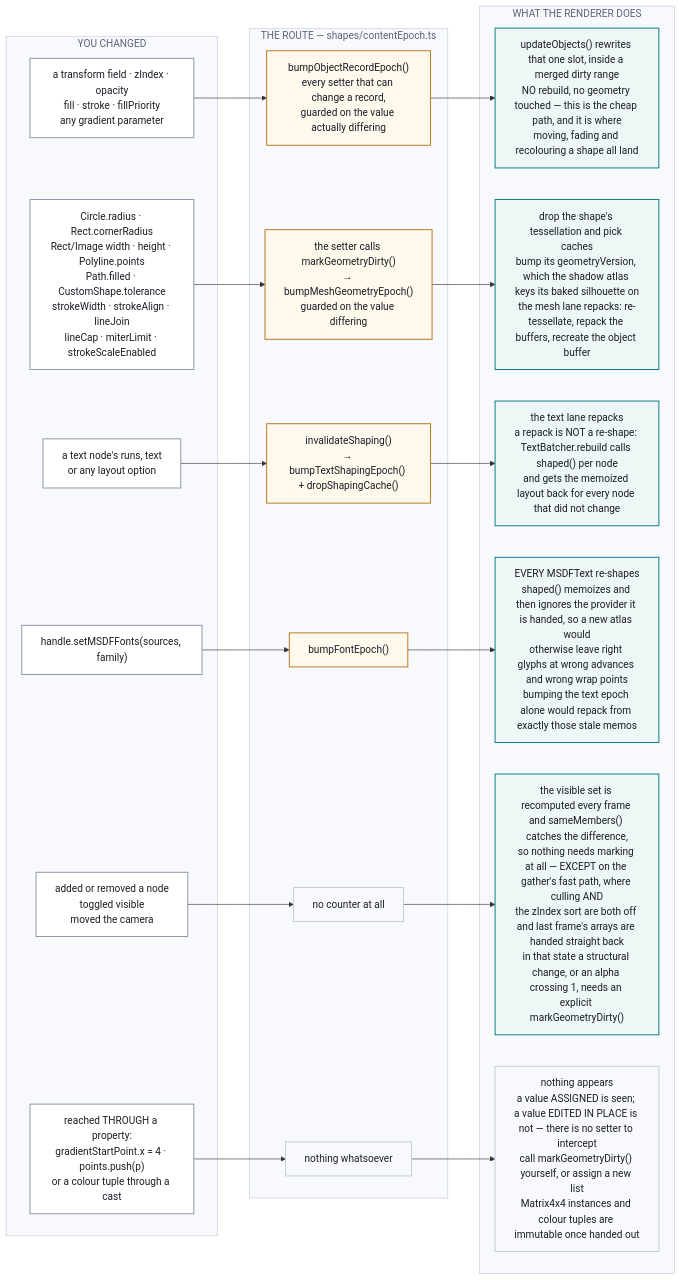
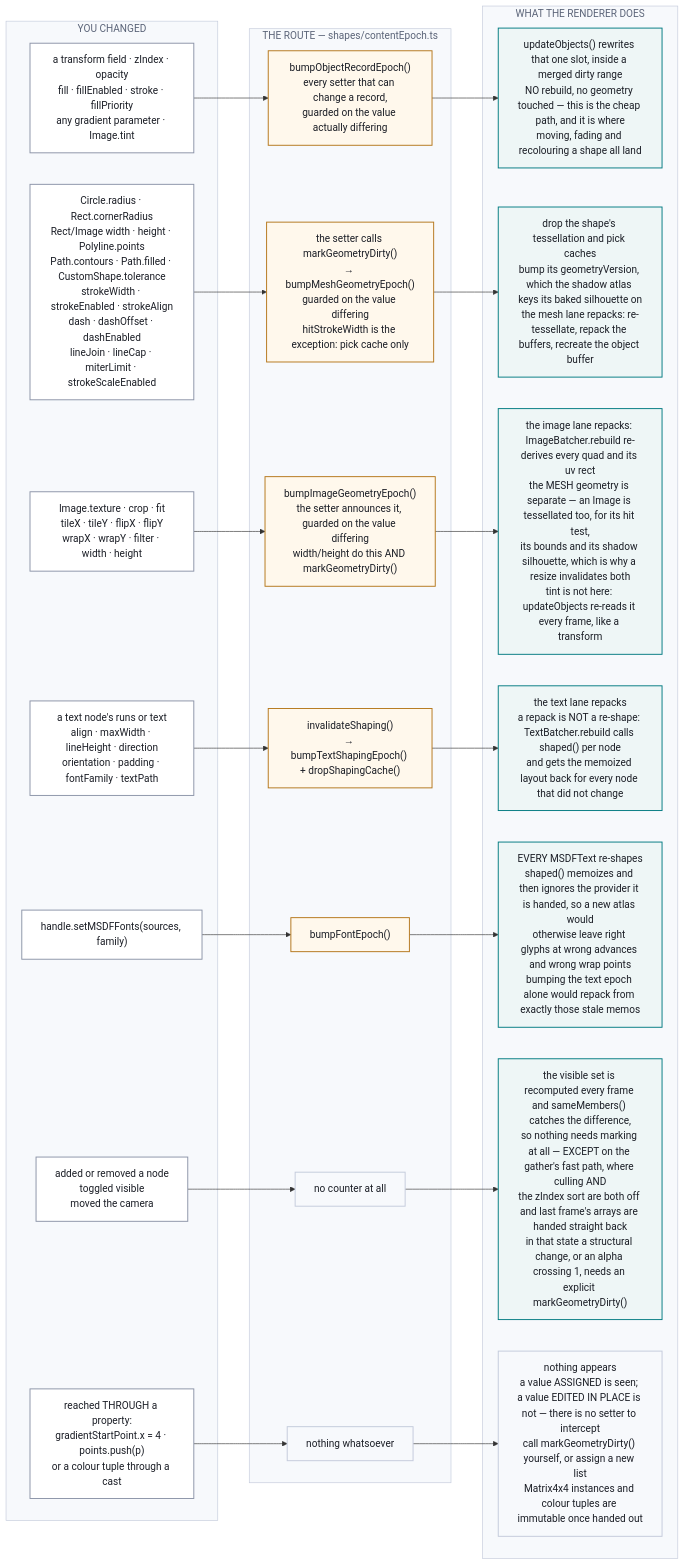
The diagram in docs/mermaid/invalidation.mmd (KristoferBorgware/mvPaint), drawn with Mermaid before and after one commit. The commit also changed 61 other files, not shown here.

```diff
--- a/docs/mermaid/invalidation.mmd
+++ b/docs/mermaid/invalidation.mmd
@@ -1,57 +1,62 @@
 %% Rendered to ../invalidation.svg. See docs/README.md for the command.
 flowchart LR
 
   subgraph CHANGED["YOU CHANGED"]
-    C1["a transform field · zIndex · opacity<br/>fill · stroke · fillPriority<br/>any gradient parameter"]
-    C2["Circle.radius · Rect.cornerRadius<br/>Rect/Image width · height · Polyline.points<br/>Path.filled · CustomShape.tolerance<br/>strokeWidth · strokeAlign · lineJoin<br/>lineCap · miterLimit · strokeScaleEnabled"]
-    C3["a text node's runs, text<br/>or any layout option"]
+    C1["a transform field · zIndex · opacity<br/>fill · fillEnabled · stroke · fillPriority<br/>any gradient parameter · Image.tint"]
+    C2["Circle.radius · Rect.cornerRadius<br/>Rect/Image width · height · Polyline.points<br/>Path.contours · Path.filled · CustomShape.tolerance<br/>strokeWidth · strokeEnabled · strokeAlign<br/>dash · dashOffset · dashEnabled<br/>lineJoin · lineCap · miterLimit · strokeScaleEnabled"]
+    CI["Image.texture · crop · fit<br/>tileX · tileY · flipX · flipY<br/>wrapX · wrapY · filter · width · height"]
+    C3["a text node's runs or text<br/>align · maxWidth · lineHeight · direction<br/>orientation · padding · fontFamily · textPath"]
     C4["handle.setMSDFFonts(sources, family)"]
     C5["added or removed a node<br/>toggled visible<br/>moved the camera"]
     C6["reached THROUGH a property:<br/>gradientStartPoint.x = 4 · points.push(p)<br/>or a colour tuple through a cast"]
   end
 
   subgraph ROUTE["THE ROUTE — shapes/contentEpoch.ts"]
     R1["bumpObjectRecordEpoch()<br/>every setter that can change a record,<br/>guarded on the value actually differing"]
-    R2["the setter calls markGeometryDirty()<br/>→ bumpMeshGeometryEpoch()<br/>guarded on the value differing"]
+    R2["the setter calls markGeometryDirty()<br/>→ bumpMeshGeometryEpoch()<br/>guarded on the value differing<br/>hitStrokeWidth is the exception: pick cache only"]
+    RI["bumpImageGeometryEpoch()<br/>the setter announces it, guarded on the value differing<br/>width/height do this AND markGeometryDirty()"]
     R3["invalidateShaping()<br/>→ bumpTextShapingEpoch() + dropShapingCache()"]
     R4["bumpFontEpoch()"]
     R5["no counter at all"]
     R6["nothing whatsoever"]
   end
 
   subgraph EFFECT["WHAT THE RENDERER DOES"]
     E1["updateObjects() rewrites that one slot, inside a merged dirty range<br/>NO rebuild, no geometry touched — this is the cheap path, and it is where<br/>moving, fading and recolouring a shape all land"]
     E2["drop the shape's tessellation and pick caches<br/>bump its geometryVersion, which the shadow atlas keys its baked silhouette on<br/>the mesh lane repacks: re-tessellate, repack the buffers, recreate the object buffer"]
+    EI["the image lane repacks: ImageBatcher.rebuild re-derives every quad and its uv rect<br/>the MESH geometry is separate — an Image is tessellated too, for its hit test,<br/>its bounds and its shadow silhouette, which is why a resize invalidates both<br/>tint is not here: updateObjects re-reads it every frame, like a transform"]
     E3["the text lane repacks<br/>a repack is NOT a re-shape: TextBatcher.rebuild calls shaped() per node<br/>and gets the memoized layout back for every node that did not change"]
     E4["EVERY MSDFText re-shapes<br/>shaped() memoizes and then ignores the provider it is handed, so a new atlas would<br/>otherwise leave right glyphs at wrong advances and wrong wrap points<br/>bumping the text epoch alone would repack from exactly those stale memos"]
     E5["the visible set is recomputed every frame and sameMembers() catches the difference,<br/>so nothing needs marking at all — EXCEPT on the gather's fast path, where culling AND<br/>the zIndex sort are both off and last frame's arrays are handed straight back<br/>in that state a structural change, or an alpha crossing 1, needs an explicit markGeometryDirty()"]
     E6["nothing appears<br/>a value ASSIGNED is seen; a value EDITED IN PLACE is not — there is no setter to intercept<br/>call markGeometryDirty() yourself, or assign a new list<br/>Matrix4x4 instances and colour tuples are immutable once handed out"]
   end
 
   C1 --> R1
   C2 --> R2
+  CI --> RI
   C3 --> R3
   C4 --> R4
   C5 --> R5
   C6 --> R6
   R1 --> E1
   R2 --> E2
+  RI --> EI
   R3 --> E3
   R4 --> E4
   R5 --> E5
   R6 --> E6
 
   classDef src fill:#ffffff,stroke:#8b93a7,stroke-width:1.5px,color:#1b1e26
   classDef route fill:#fff8ec,stroke:#b4761a,stroke-width:1.5px,color:#1b1e26
   classDef effect fill:#eef6f6,stroke:#007a80,stroke-width:1.5px,color:#1b1e26
   classDef none fill:#f7f9fc,stroke:#c3cadb,stroke-width:1.5px,color:#1b1e26
 
-  class C1,C2,C3,C4,C5,C6 src
-  class R1,R2,R3,R4 route
+  class C1,C2,CI,C3,C4,C5,C6 src
+  class R1,R2,RI,R3,R4 route
   class R5,R6 none
-  class E1,E2,E3,E4,E5 effect
+  class E1,E2,EI,E3,E4,E5 effect
   class E6 none
 
   style CHANGED fill:#f7f9fc,stroke:#c3cadb,color:#5b6478
   style ROUTE fill:#f7f9fc,stroke:#c3cadb,color:#5b6478
   style EFFECT fill:#f7f9fc,stroke:#c3cadb,color:#5b6478
```
